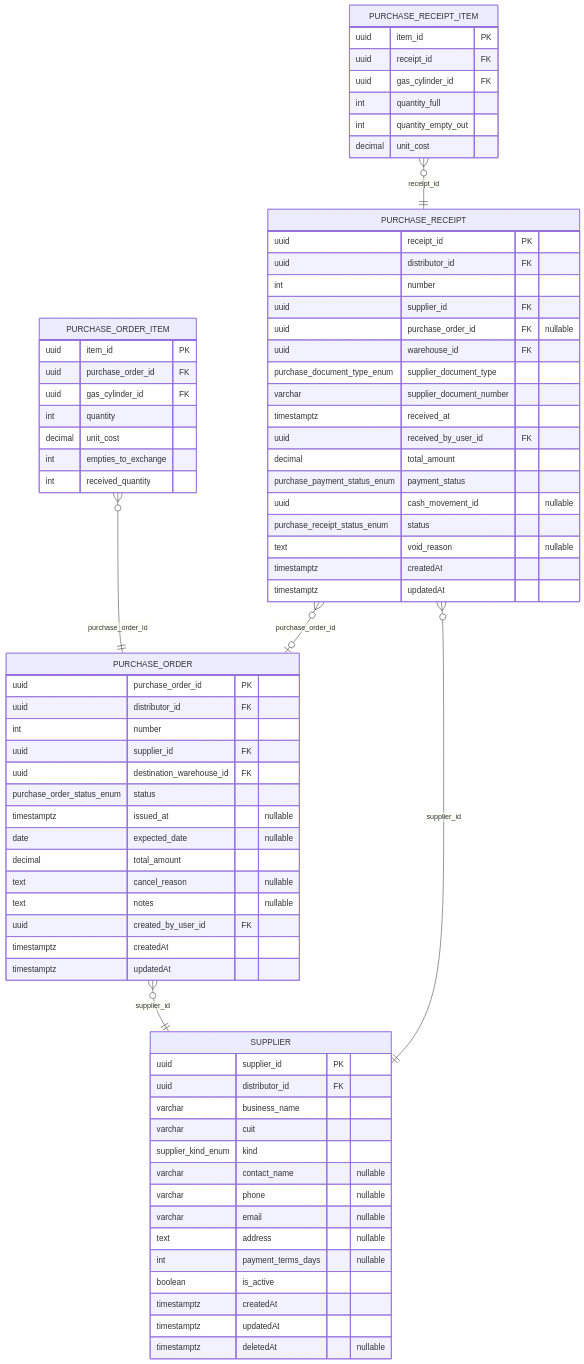
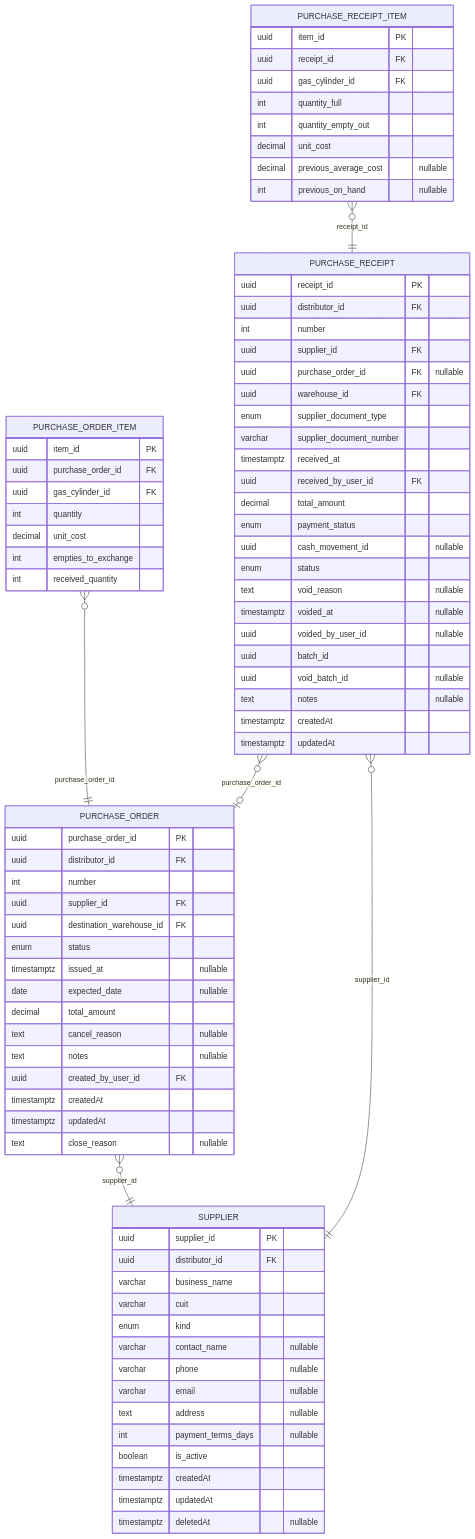
One commit to Nahuelito-Dev/splg-docs changed diagram 12 of 15 in diagramas/base-de-datos/SPLG-der-mermaid.md. Above: the diagram before and after it, drawn with Mermaid. The commit also changed other lines of this file and 245 other files, not shown here.

````diff
--- a/diagramas/base-de-datos/SPLG-der-mermaid.md
+++ b/diagramas/base-de-datos/SPLG-der-mermaid.md
@@ -953,8 +956,8 @@
 erDiagram
     PURCHASE_ORDER }o--|| SUPPLIER : "supplier_id"
     PURCHASE_ORDER_ITEM }o--|| PURCHASE_ORDER : "purchase_order_id"
+    PURCHASE_RECEIPT }o--o| PURCHASE_ORDER : "purchase_order_id"
     PURCHASE_RECEIPT }o--|| SUPPLIER : "supplier_id"
-    PURCHASE_RECEIPT }o--o| PURCHASE_ORDER : "purchase_order_id"
     PURCHASE_RECEIPT_ITEM }o--|| PURCHASE_RECEIPT : "receipt_id"
 
     SUPPLIER {
@@ -962,7 +965,7 @@
         uuid distributor_id FK
         varchar business_name
         varchar cuit
-        supplier_kind_enum kind
+        enum kind
         varchar contact_name "nullable"
         varchar phone "nullable"
         varchar email "nullable"
@@ -979,7 +982,7 @@
         int number
         uuid supplier_id FK
         uuid destination_warehouse_id FK
-        purchase_order_status_enum status
+        enum status
         timestamptz issued_at "nullable"
         date expected_date "nullable"
         decimal total_amount
@@ -988,6 +991,7 @@
         uuid created_by_user_id FK
         timestamptz createdAt
         timestamptz updatedAt
+        text close_reason "nullable"
     }
     PURCHASE_ORDER_ITEM {
         uuid item_id PK
@@ -1005,15 +1009,20 @@
         uuid supplier_id FK
         uuid purchase_order_id FK "nullable"
         uuid warehouse_id FK
-        purchase_document_type_enum supplier_document_type
+        enum supplier_document_type
         varchar supplier_document_number
         timestamptz received_at
         uuid received_by_user_id FK
         decimal total_amount
-        purchase_payment_status_enum payment_status
+        enum payment_status
         uuid cash_movement_id "nullable"
-        purchase_receipt_status_enum status
+        enum status
         text void_reason "nullable"
+        timestamptz voided_at "nullable"
+        uuid voided_by_user_id "nullable"
+        uuid batch_id
+        uuid void_batch_id "nullable"
+        text notes "nullable"
         timestamptz createdAt
         timestamptz updatedAt
     }
@@ -1024,5 +1033,7 @@
         int quantity_full
         int quantity_empty_out
         decimal unit_cost
+        decimal previous_average_cost "nullable"
+        int previous_on_hand "nullable"
     }
 ```
````
